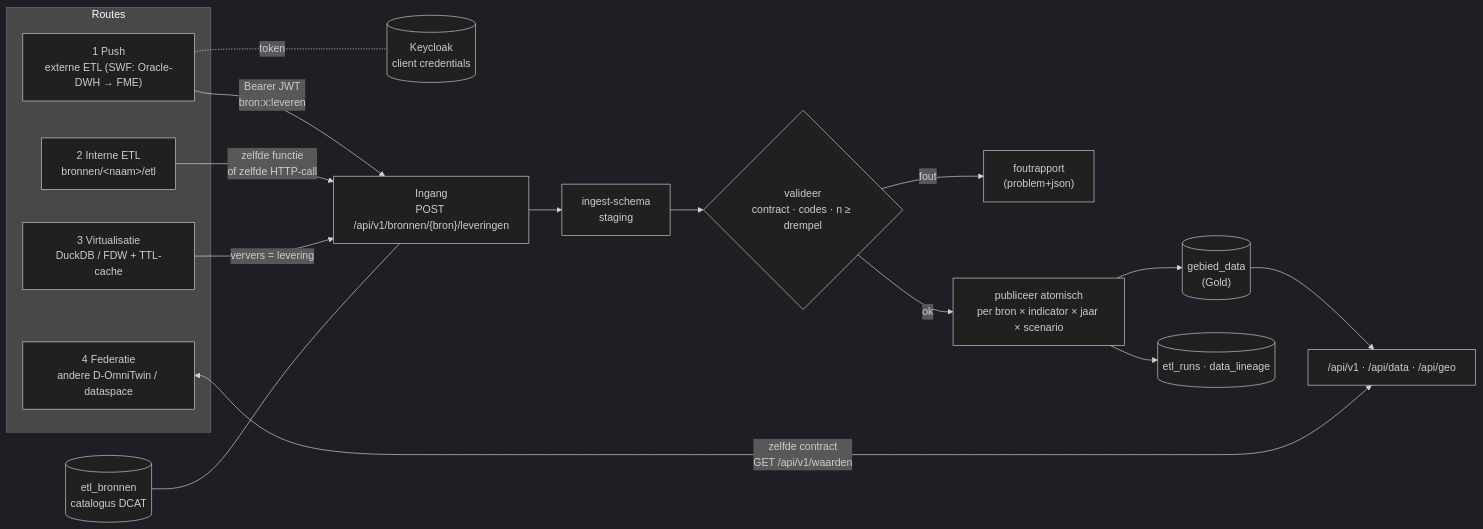
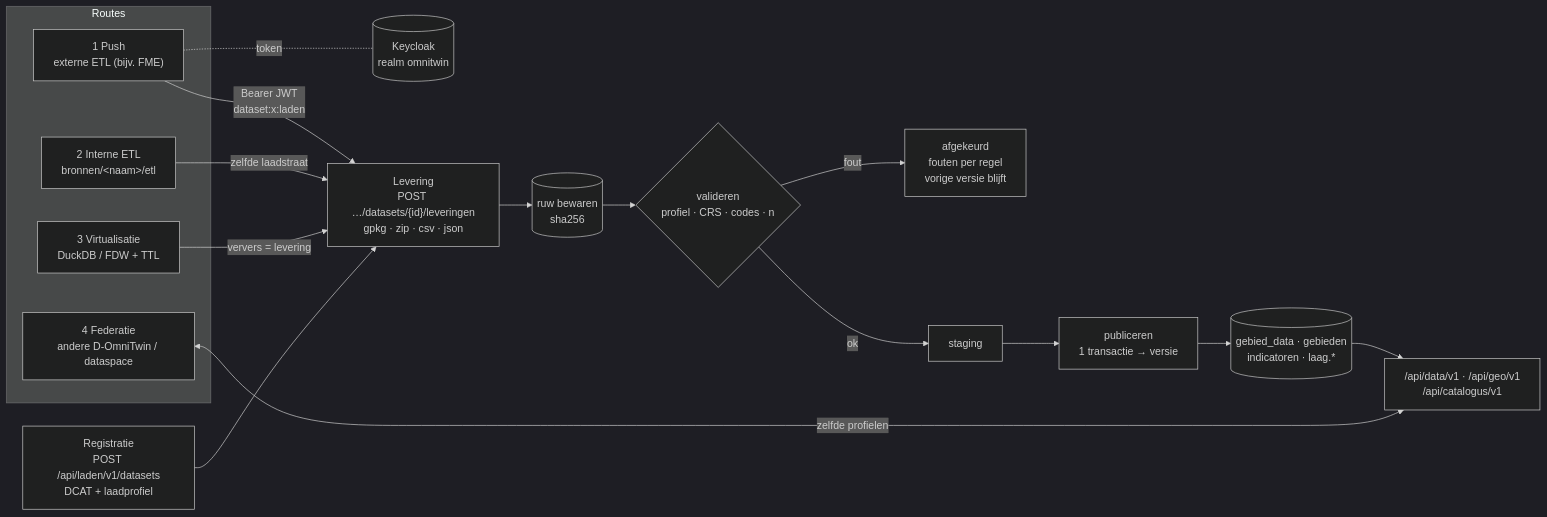
The diagram in docs/2-architectuur/rfc-vullen-van-d-omnitwin.md (Sudwest-Fryslan/D-OmniTwin), drawn with Mermaid (dark theme) before and after one commit. The commit also changed other lines of this file and 23 other files, not shown here.

First line of the commit message:
docs(api): laad-API-specificatie en gescheiden API's per doel (#205)

````diff
--- a/docs/2-architectuur/rfc-vullen-van-d-omnitwin.md
+++ b/docs/2-architectuur/rfc-vullen-van-d-omnitwin.md
@@ -15,23 +17,23 @@
 ```mermaid
 flowchart LR
   subgraph Routes
-    R1["1 Push<br/>externe ETL (SWF: Oracle-DWH → FME)"]
+    R1["1 Push<br/>externe ETL (bijv. FME)"]
     R2["2 Interne ETL<br/>bronnen/&lt;naam&gt;/etl"]
-    R3["3 Virtualisatie<br/>DuckDB / FDW + TTL-cache"]
+    R3["3 Virtualisatie<br/>DuckDB / FDW + TTL"]
     R4["4 Federatie<br/>andere D-OmniTwin / dataspace"]
   end
-  KC[(Keycloak<br/>client credentials)]
-  R1 -- "Bearer JWT<br/>bron:x:leveren" --> IN
-  R2 -- "zelfde functie<br/>of zelfde HTTP-call" --> IN
+  KC[(Keycloak<br/>realm omnitwin)]
+  REG["Registratie<br/>POST /api/laden/v1/datasets<br/>DCAT + laadprofiel"]
+  R1 -- "Bearer JWT<br/>dataset:x:laden" --> IN
+  R2 -- "zelfde laadstraat" --> IN
   R3 -- "ververs = levering" --> IN
   R1 -.token.- KC
-  IN["Ingang<br/>POST /api/v1/bronnen/{bron}/leveringen"] --> ST["ingest-schema<br/>staging"]
-  ST --> VA{"valideer<br/>contract · codes · n ≥ drempel"}
-  VA -- fout --> FR["foutrapport<br/>(problem+json)"]
-  VA -- ok --> PUB["publiceer atomisch<br/>per bron × indicator × jaar × scenario"]
-  PUB --> GOLD[("gebied_data<br/>(Gold)")]
-  PUB --> LIN[("etl_runs · data_lineage")]
-  CAT[("etl_bronnen<br/>catalogus DCAT")] --- IN
-  GOLD --> API["/api/v1 · /api/data · /api/geo"]
-  R4 <-- "zelfde contract<br/>GET /api/v1/waarden" --> API
+  REG --> IN
+  IN["Levering<br/>POST …/datasets/{id}/leveringen<br/>gpkg · zip · csv · json"] --> RAW[("ruw bewaren<br/>sha256")]
+  RAW --> VA{"valideren<br/>profiel · CRS · codes · n"}
+  VA -- fout --> FR["afgekeurd<br/>fouten per regel<br/>vorige versie blijft"]
+  VA -- ok --> ST["staging"] --> PUB["publiceren<br/>1 transactie → versie"]
+  PUB --> GOLD[("gebied_data · gebieden<br/>indicatoren · laag.*")]
+  GOLD --> API["/api/data/v1 · /api/geo/v1<br/>/api/catalogus/v1"]
+  R4 <-- "zelfde profielen" --> API
 ```
````
